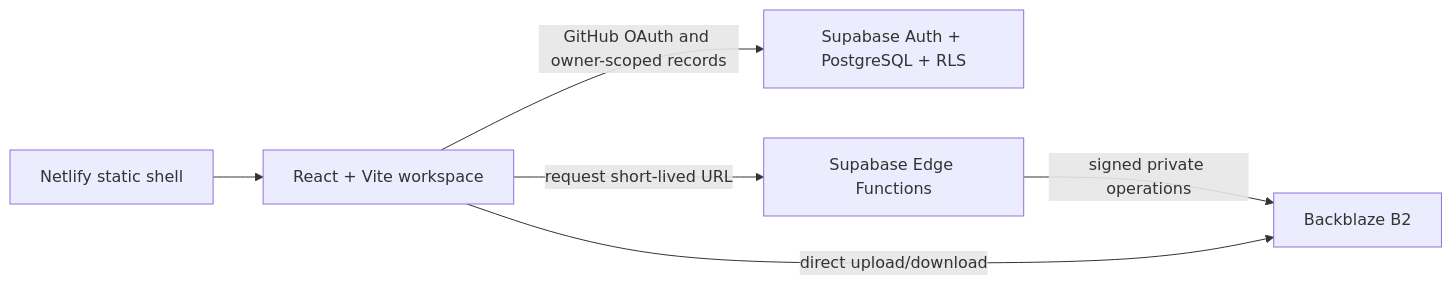
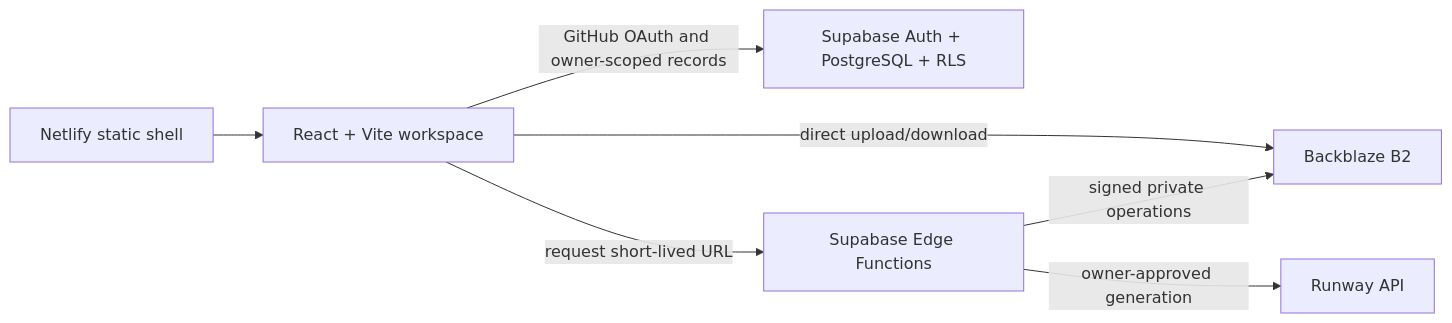
Before and after one commit to emuhleej/studioflow: the diagram in README.md, drawn with Mermaid. The commit also changed other lines of this file and 55 other files, not shown here.

````diff
--- a/README.md
+++ b/README.md
@@ -38,8 +41,9 @@
 ```mermaid
 flowchart LR
   Browser[React + Vite workspace] -->|GitHub OAuth and owner-scoped records| Supabase[Supabase Auth + PostgreSQL + RLS]
   Browser -->|request short-lived URL| Edge[Supabase Edge Functions]
   Edge -->|signed private operations| B2[Backblaze B2]
+  Edge -->|owner-approved generation| Runway[Runway API]
   Browser -->|direct upload/download| B2
   Netlify[Netlify static shell] --> Browser
 ```
````
